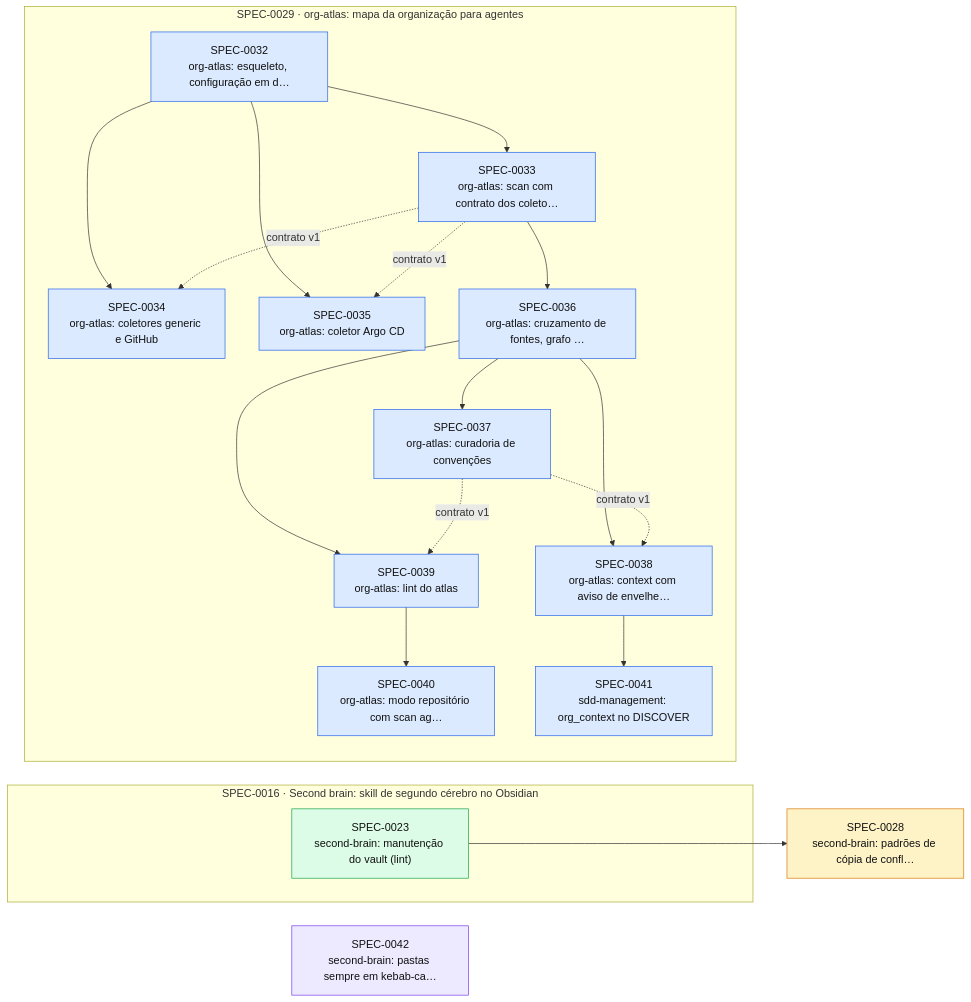
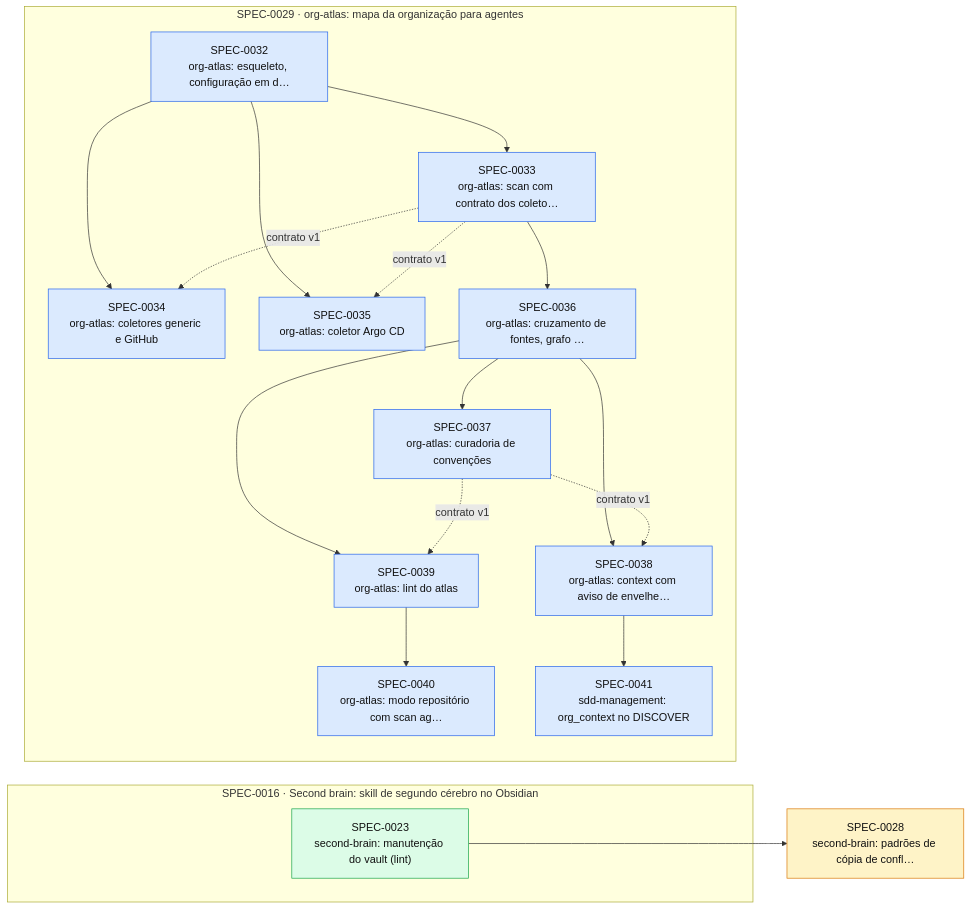
The diagram in docs/specs/INDEX.md (thomasravache/ai-dev-brain), drawn with Mermaid before and after one commit. The commit also changed other lines of this file and 1 other file, not shown here.

First line of the commit message:
docs(specs): G7 e fechamento da SPEC-0042

````diff
--- a/docs/specs/INDEX.md
+++ b/docs/specs/INDEX.md
@@ -59,39 +58,38 @@
 ```mermaid
 flowchart LR
   S0028["SPEC-0028<br/>second-brain: padrões de cópia de confl…"]:::proposed
-  S0042["SPEC-0042<br/>second-brain: pastas sempre em kebab-ca…"]:::inprogress
   subgraph E0016["SPEC-0016 · Second brain: skill de segundo cérebro no Obsidian"]
     S0023["SPEC-0023<br/>second-brain: manutenção do vault (lint)"]:::implemented
   end
   subgraph E0029["SPEC-0029 · org-atlas: mapa da organização para agentes"]
     S0032["SPEC-0032<br/>org-atlas: esqueleto, configuração em d…"]:::approved
     S0033["SPEC-0033<br/>org-atlas: scan com contrato dos coleto…"]:::approved
     S0034["SPEC-0034<br/>org-atlas: coletores generic e GitHub"]:::approved
     S0035["SPEC-0035<br/>org-atlas: coletor Argo CD"]:::approved
     S0036["SPEC-0036<br/>org-atlas: cruzamento de fontes, grafo …"]:::approved
     S0037["SPEC-0037<br/>org-atlas: curadoria de convenções"]:::approved
     S0038["SPEC-0038<br/>org-atlas: context com aviso de envelhe…"]:::approved
     S0039["SPEC-0039<br/>org-atlas: lint do atlas"]:::approved
     S0040["SPEC-0040<br/>org-atlas: modo repositório com scan ag…"]:::approved
     S0041["SPEC-0041<br/>sdd-management: org_context no DISCOVER"]:::approved
   end
   S0023 --> S0028
   S0032 --> S0033
   S0032 --> S0034
   S0033 -. contrato v1 .-> S0034
   S0032 --> S0035
   S0033 -. contrato v1 .-> S0035
   S0033 --> S0036
   S0036 --> S0037
   S0036 --> S0038
   S0037 -. contrato v1 .-> S0038
   S0036 --> S0039
   S0037 -. contrato v1 .-> S0039
   S0039 --> S0040
   S0038 --> S0041
   classDef proposed fill:#fef3c7,stroke:#d97706,color:#111
   classDef approved fill:#dbeafe,stroke:#2563eb,color:#111
   classDef inprogress fill:#ede9fe,stroke:#7c3aed,color:#111
   classDef implemented fill:#dcfce7,stroke:#16a34a,color:#111
   classDef deprecated fill:#f3f4f6,stroke:#9ca3af,color:#6b7280
 ```
````
